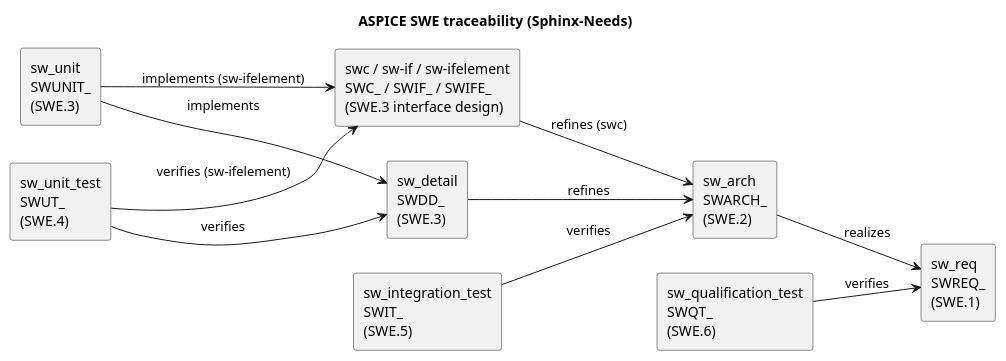
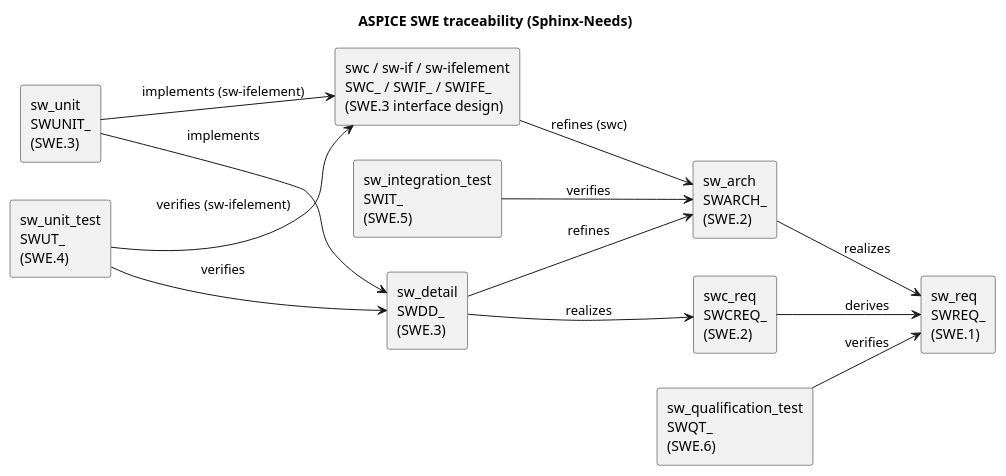
The diagram in .agents/sweTraceability.puml (LinhTrucVo/Bico_Protocol_Bridge), drawn with PlantUML before and after one commit. The commit also changed 12 other files, not shown here.

Commit message:
add swc_req and it's related stuffs

```diff
--- a/.agents/sweTraceability.puml
+++ b/.agents/sweTraceability.puml
@@ -1,27 +1,30 @@
 @startuml
 title ASPICE SWE traceability (Sphinx-Needs)
 
 left to right direction
 
 rectangle "sw_req\nSWREQ_\n(SWE.1)" as REQ
+rectangle "swc_req\nSWCREQ_\n(SWE.2)" as CREQ
 rectangle "sw_arch\nSWARCH_\n(SWE.2)" as ARCH
 rectangle "sw_detail\nSWDD_\n(SWE.3)" as DD
 rectangle "swc / sw-if / sw-ifelement\nSWC_ / SWIF_ / SWIFE_\n(SWE.3 interface design)" as IFD
 rectangle "sw_unit\nSWUNIT_\n(SWE.3)" as UNIT
 
 rectangle "sw_qualification_test\nSWQT_\n(SWE.6)" as QT
 rectangle "sw_integration_test\nSWIT_\n(SWE.5)" as IT
 rectangle "sw_unit_test\nSWUT_\n(SWE.4)" as UT
 
 ARCH --> REQ : realizes
+CREQ --> REQ : derives
+DD --> CREQ : realizes
 DD --> ARCH : refines
 IFD --> ARCH : refines (swc)
 UNIT --> DD : implements
 UNIT --> IFD : implements (sw-ifelement)
 
 UT --> DD : verifies
 UT --> IFD : verifies (sw-ifelement)
 IT --> ARCH : verifies
 QT --> REQ : verifies
 
 @enduml
```
